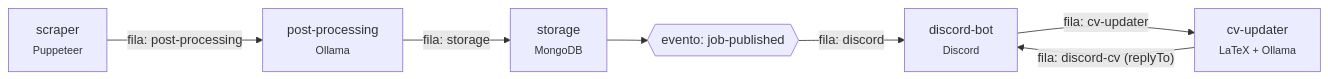
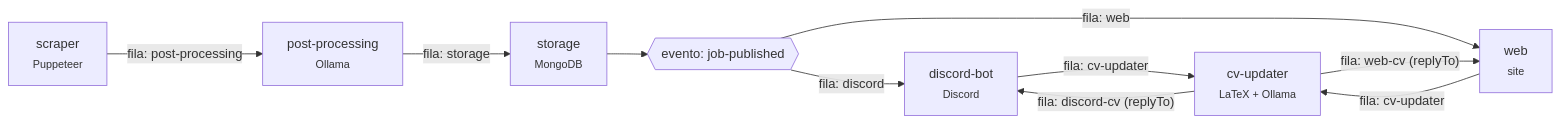
The diagram in README.md (P0sseid0n/jobs-scraper), drawn with Mermaid before and after one commit. The commit also changed other lines of this file and 60 other files, not shown here.

````diff
--- a/README.md
+++ b/README.md
@@ -9,9 +9,12 @@
 ```mermaid
 flowchart LR
 	scraper["scraper<br/><small>Puppeteer</small>"] -- "fila: post-processing" --> processing["post-processing<br/><small>Ollama</small>"]
 	processing -- "fila: storage" --> storage["storage<br/><small>MongoDB</small>"]
 	storage --> event{{"evento: job-published"}}
 	event -- "fila: discord" --> bot["discord-bot<br/><small>Discord</small>"]
 	bot -- "fila: cv-updater" --> cv["cv-updater<br/><small>LaTeX + Ollama</small>"]
 	cv -- "fila: discord-cv (replyTo)" --> bot
+	event -- "fila: web" --> web["web<br/><small>site</small>"]
+	web -- "fila: cv-updater" --> cv
+	cv -- "fila: web-cv (replyTo)" --> web
 ```
````
